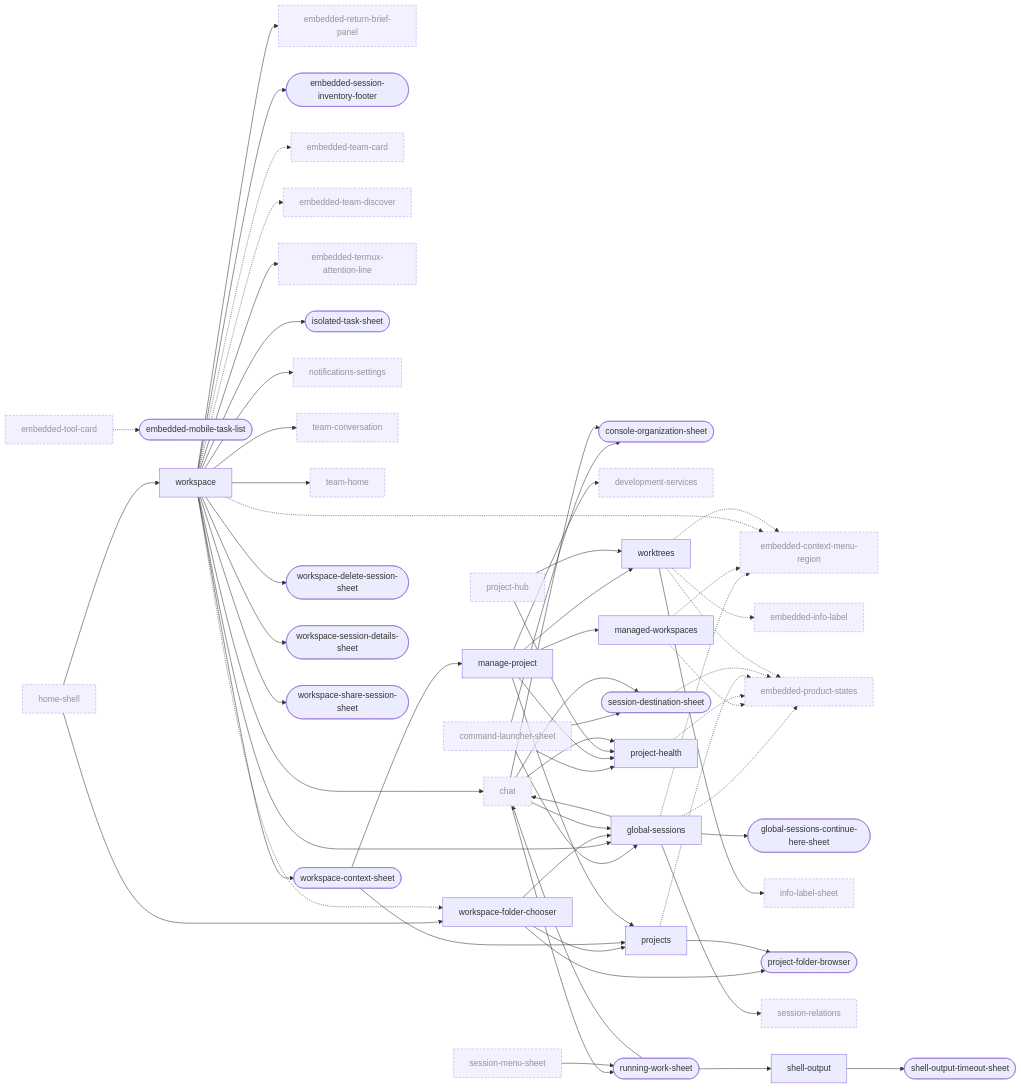
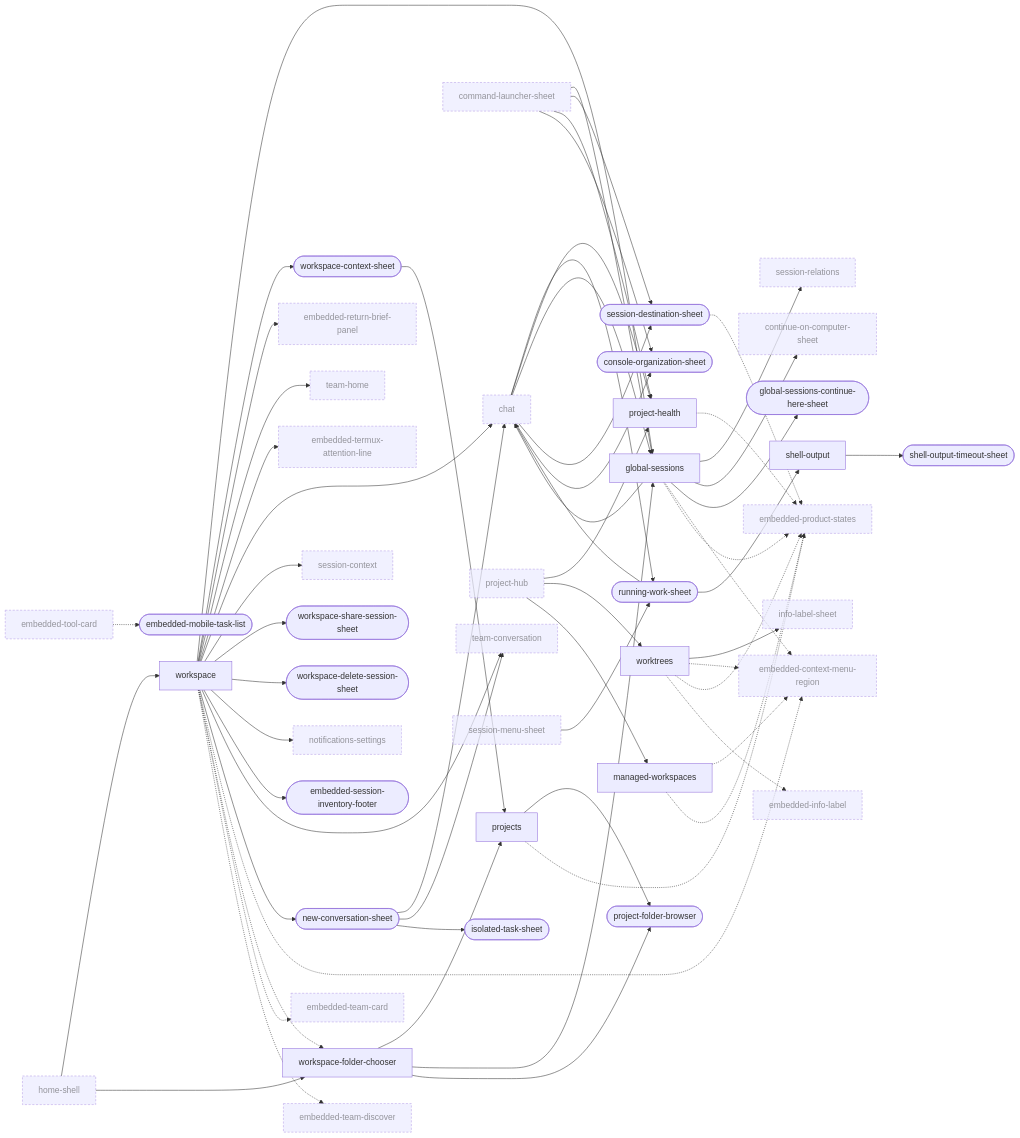
The third of 10 diagrams in docs/design/ui-ledger/navigation.md (Breskott/opencode-mobile-next), drawn with Mermaid before and after one commit. The commit also changed other lines of this file and 78 other files, not shown here.

```diff
--- a/docs/design/ui-ledger/navigation.md
+++ b/docs/design/ui-ledger/navigation.md
@@ -476,7 +483,7 @@
   chat["chat"]:::ext
   command_launcher_sheet["command-launcher-sheet"]:::ext
   console_organization_sheet(["console-organization-sheet"])
-  development_services["development-services"]:::ext
+  continue_on_computer_sheet["continue-on-computer-sheet"]:::ext
   embedded_context_menu_region["embedded-context-menu-region"]:::ext
   embedded_info_label["embedded-info-label"]:::ext
   embedded_mobile_task_list(["embedded-mobile-task-list"])
@@ -492,14 +499,15 @@
   home_shell["home-shell"]:::ext
   info_label_sheet["info-label-sheet"]:::ext
   isolated_task_sheet(["isolated-task-sheet"])
-  manage_project["manage-project"]
   managed_workspaces["managed-workspaces"]
+  new_conversation_sheet(["new-conversation-sheet"])
   notifications_settings["notifications-settings"]:::ext
   project_folder_browser(["project-folder-browser"])
   project_health["project-health"]
   project_hub["project-hub"]:::ext
   projects["projects"]
   running_work_sheet(["running-work-sheet"])
+  session_context["session-context"]:::ext
   session_destination_sheet(["session-destination-sheet"])
   session_menu_sheet["session-menu-sheet"]:::ext
   session_relations["session-relations"]:::ext
@@ -511,7 +519,6 @@
   workspace_context_sheet(["workspace-context-sheet"])
   workspace_delete_session_sheet(["workspace-delete-session-sheet"])
   workspace_folder_chooser["workspace-folder-chooser"]
-  workspace_session_details_sheet(["workspace-session-details-sheet"])
   workspace_share_session_sheet(["workspace-share-session-sheet"])
   worktrees["worktrees"]
   home_shell --> workspace
@@ -527,31 +534,30 @@
   workspace --> team_home
   workspace --> embedded_termux_attention_line
   workspace --> chat
-  workspace --> workspace_session_details_sheet
+  workspace --> session_context
   workspace --> workspace_share_session_sheet
   workspace --> workspace_delete_session_sheet
   workspace --> notifications_settings
-  workspace --> isolated_task_sheet
   workspace --> embedded_session_inventory_footer
   workspace --> team_conversation
+  workspace --> new_conversation_sheet
   workspace_folder_chooser --> projects
   workspace_folder_chooser --> global_sessions
   workspace_context_sheet --> projects
-  workspace_context_sheet --> manage_project
-  manage_project --> development_services
-  manage_project --> projects
-  manage_project --> worktrees
-  manage_project --> managed_workspaces
-  manage_project --> project_health
   worktrees --> info_label_sheet
   global_sessions --> chat
   global_sessions --> session_relations
+  global_sessions --> continue_on_computer_sheet
   global_sessions --> global_sessions_continue_here_sheet
   running_work_sheet --> chat
   running_work_sheet --> shell_output
   shell_output --> shell_output_timeout_sheet
+  new_conversation_sheet --> chat
+  new_conversation_sheet --> team_conversation
+  new_conversation_sheet --> isolated_task_sheet
   project_hub --> project_health
   project_hub --> worktrees
+  project_hub --> managed_workspaces
   home_shell --> workspace_folder_chooser
   workspace_folder_chooser --> project_folder_browser
   projects --> project_folder_browser
```
